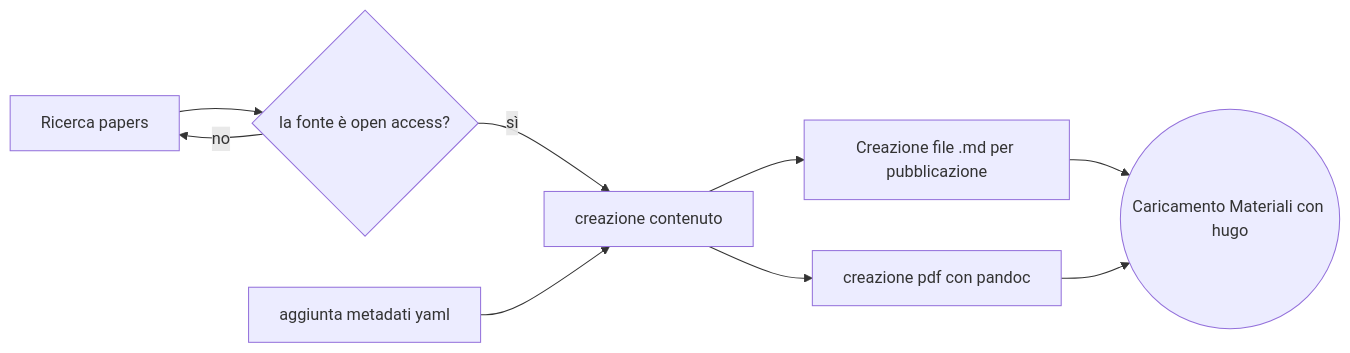
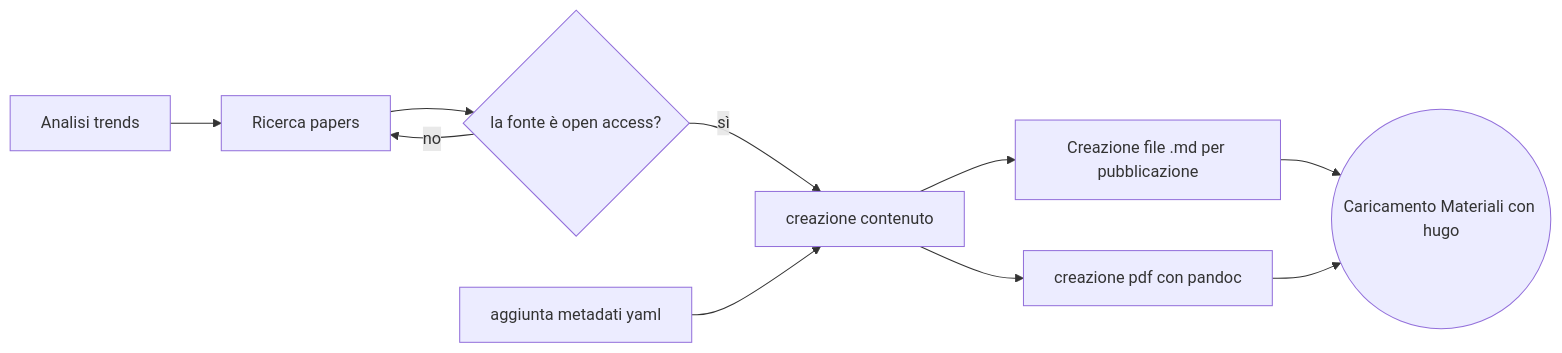
Before and after one commit to voksDB/esercizio_editoria_EdiNews: the diagram in README.md, drawn with Mermaid. The commit also changed other lines of this file and 6 other files, not shown here.

````diff
--- a/README.md
+++ b/README.md
@@ -93,11 +95,12 @@
 ```mermaid
 graph LR
+    H[Analisi trends] --> A[Ricerca papers]
     A[Ricerca papers] --> B{la fonte è open access?}
     B --> |sì| C[creazione contenuto]
     B --> |no| A
     C --> D[Creazione file .md per pubblicazione]
     G[aggiunta metadati yaml] --> C
     C --> E[creazione pdf con pandoc]
     D --> F
     E --> F((Caricamento Materiali con hugo))
 ```
````
